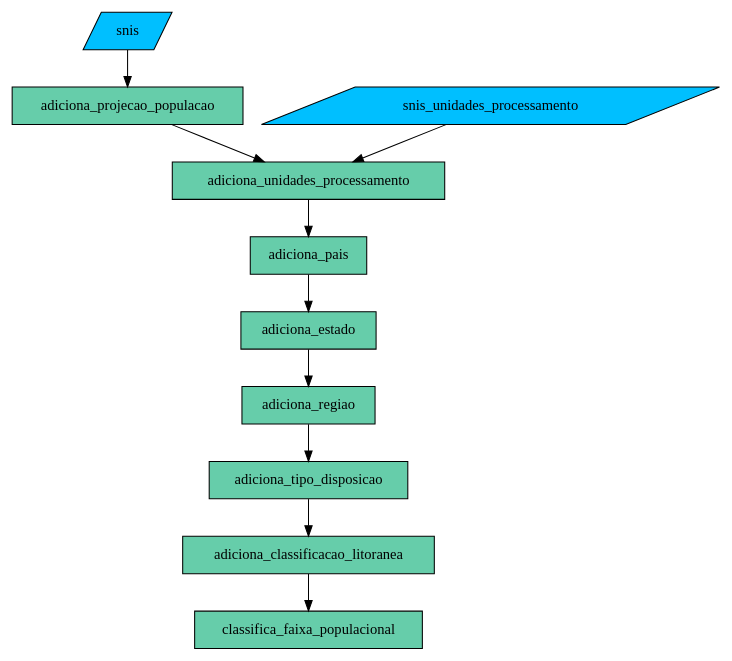
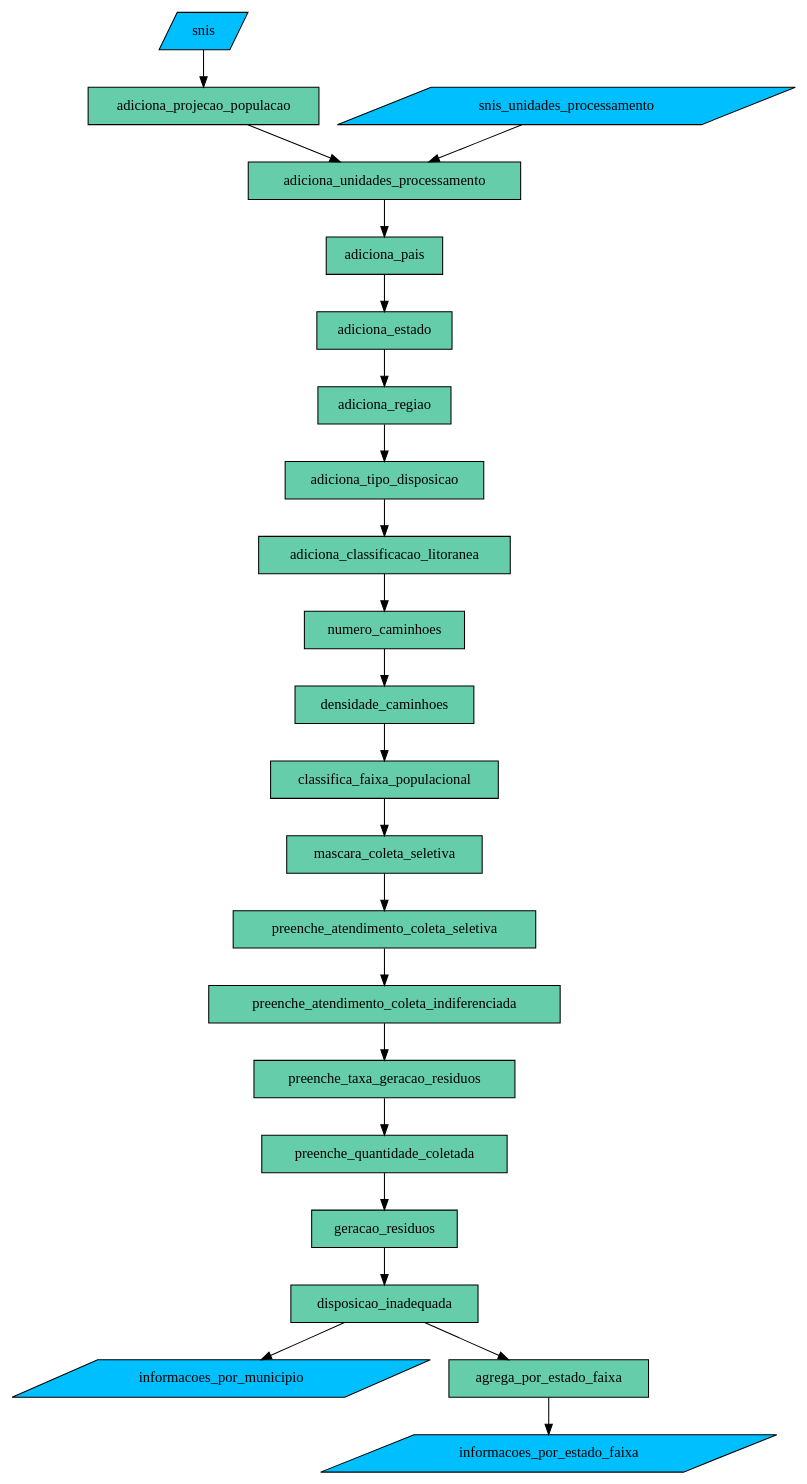
The diagram in dot/residuos.dot (NVXtech/rsan), drawn with Graphviz before and after one commit. The commit also changed 39 other files, not shown here.

Commit message:
add diagrams and data-raw files

```diff
--- a/dot/residuos.dot
+++ b/dot/residuos.dot
@@ -1,16 +1,29 @@
 digraph Residuo {
     fontname = "Segoe UI"
     node [shape=box, style=filled, fillcolor=aquamarine3]
     // condition [shape=diamond fillcolor=antiquewhite1 label="É censo?"]
-    snis, snis_unidades_processamento [shape=parallelogram fillcolor=deepskyblue]
+    snis, snis_unidades_processamento,
+    informacoes_por_estado_faixa, informacoes_por_municipio [shape=parallelogram fillcolor=deepskyblue]
 
     snis -> adiciona_projecao_populacao
     -> adiciona_unidades_processamento
     snis_unidades_processamento -> adiciona_unidades_processamento
-    adiciona_unidades_processamento -> adiciona_pais
+    -> adiciona_pais
     -> adiciona_estado
     -> adiciona_regiao
     -> adiciona_tipo_disposicao
     -> adiciona_classificacao_litoranea
+    -> numero_caminhoes
+    -> densidade_caminhoes
     -> classifica_faixa_populacional
+    -> mascara_coleta_seletiva
+    -> preenche_atendimento_coleta_seletiva
+    -> preenche_atendimento_coleta_indiferenciada
+    -> preenche_taxa_geracao_residuos
+    -> preenche_quantidade_coletada
+    -> geracao_residuos
+    -> disposicao_inadequada
+    -> agrega_por_estado_faixa
+    -> informacoes_por_estado_faixa
+    disposicao_inadequada -> informacoes_por_municipio
 }
```
